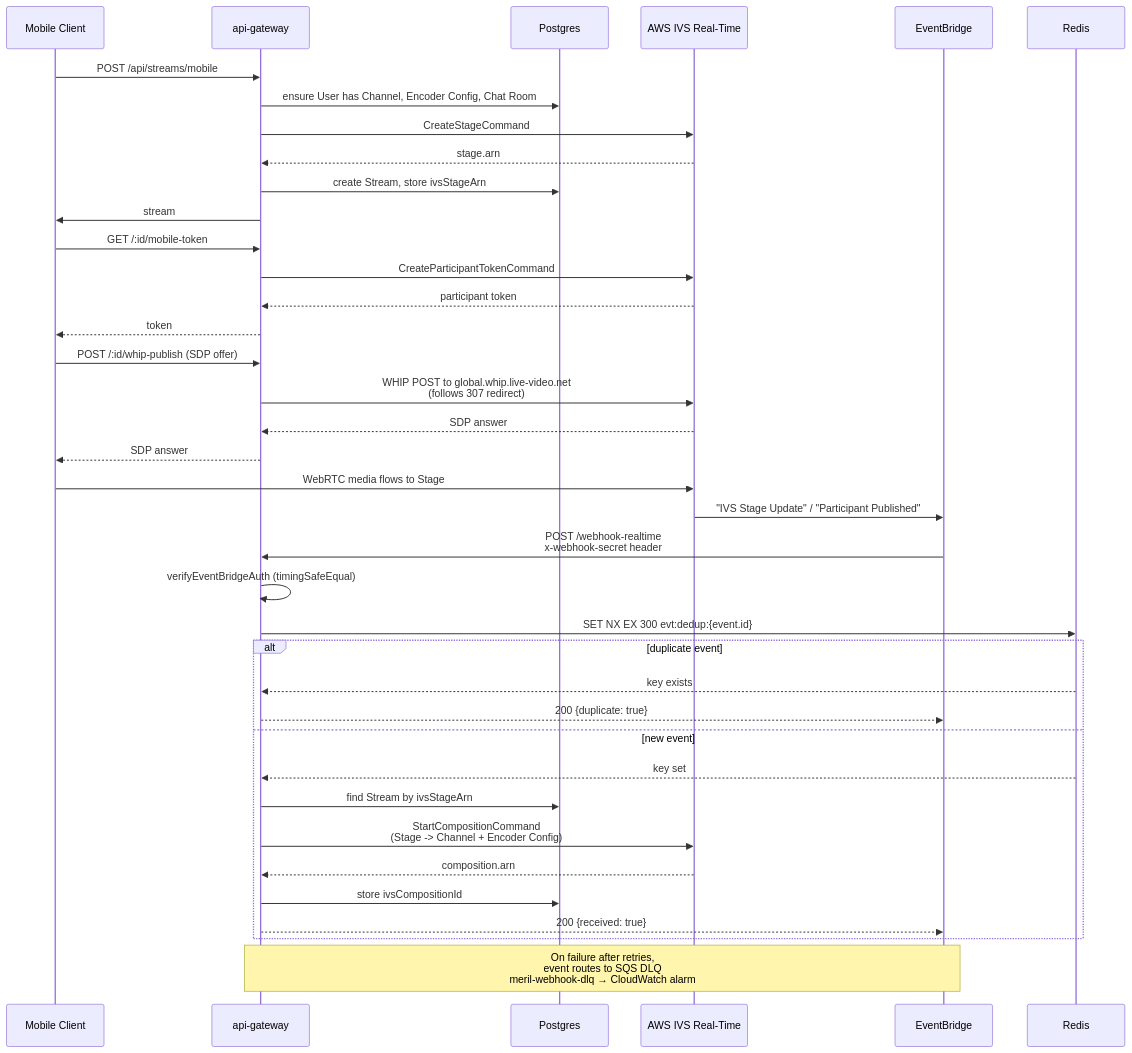
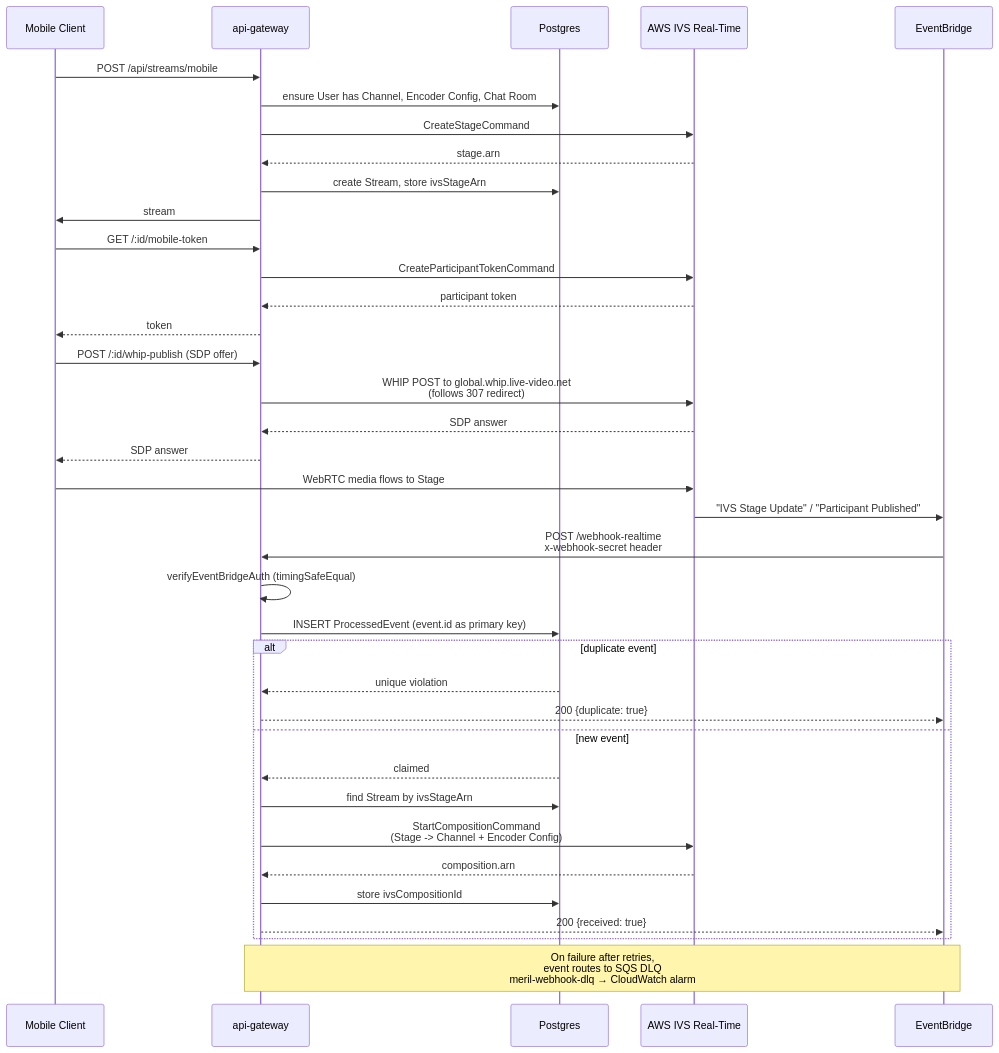
One commit to McVyp/meril-platform changed the first of 4 diagrams in README.md. Above: the diagram before and after it, drawn with Mermaid. The commit also changed other lines of this file, not shown here.

Commit message:
docs: update webhook dedup, rate limiting and stack sections

````diff
--- a/README.md
+++ b/README.md
@@ -34,45 +36,44 @@
 ```mermaid
 sequenceDiagram
     participant M as Mobile Client
     participant AG as api-gateway
     participant DB as Postgres
     participant IVS as AWS IVS Real-Time
     participant EB as EventBridge
-    participant R as Redis
 
     M->>AG: POST /api/streams/mobile
     AG->>DB: ensure User has Channel, Encoder Config, Chat Room
     AG->>IVS:  CreateStageCommand
     IVS-->>AG:  stage.arn
     AG->>DB:  create Stream, store ivsStageArn
     AG->>M:  stream
 
     M->>AG: GET /:id/mobile-token
     AG->>IVS: CreateParticipantTokenCommand
     IVS-->>AG: participant token
     AG-->>M: token
 
     M->>AG: POST /:id/whip-publish (SDP offer)
     AG->>IVS: WHIP POST to global.whip.live-video.net<br />(follows 307 redirect)
     IVS-->>AG: SDP answer
     AG-->>M: SDP answer
     M->>IVS: WebRTC media flows to Stage
 
     IVS->>EB: "IVS Stage Update" / "Participant Published"
     EB->>AG: POST /webhook-realtime<br />x-webhook-secret header
     AG->>AG: verifyEventBridgeAuth (timingSafeEqual)
-    AG->>R: SET NX EX 300 evt:dedup:{event.id}
+    AG->>DB: INSERT ProcessedEvent (event.id as primary key)
     alt duplicate event
-        R-->>AG: key exists
+        DB-->>AG: unique violation
         AG-->>EB: 200 {duplicate: true}
     else new event
-        R-->>AG: key set
+        DB-->>AG: claimed
         AG->>DB: find Stream by ivsStageArn
-        AG->>IVS: StartCompositionCommand<br/>(Stage -> Channel + Encoder Config)
+        AG->>IVS: StartCompositionCommand<br />(Stage -> Channel + Encoder Config)
         IVS-->>AG: composition.arn
         AG->>DB: store ivsCompositionId
         AG-->>EB: 200 {received: true}
     end
 
     Note over EB, AG: On failure after retries, <br />event routes to SQS DLQ<br />meril-webhook-dlq → CloudWatch alarm
 ```
````
